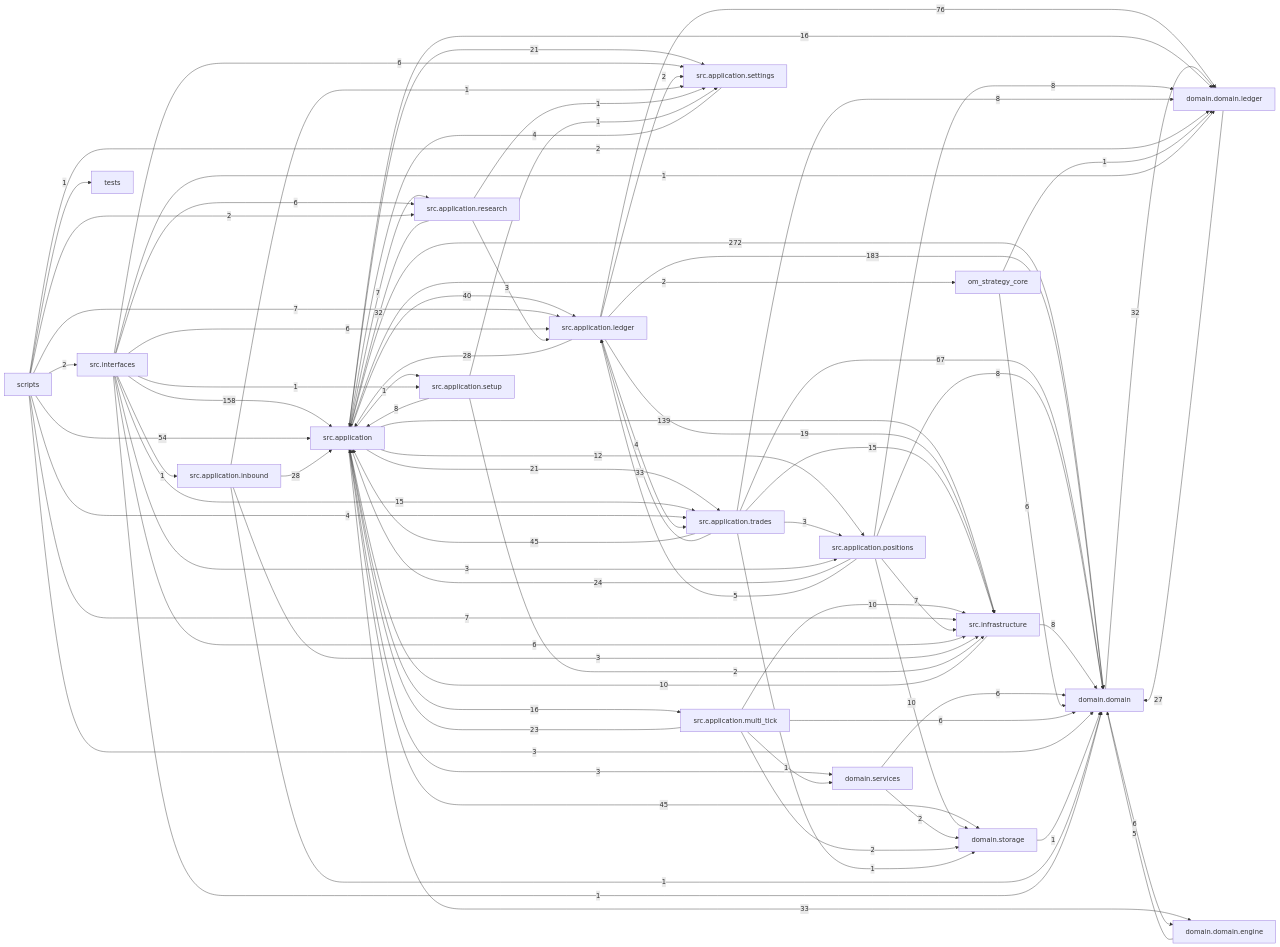
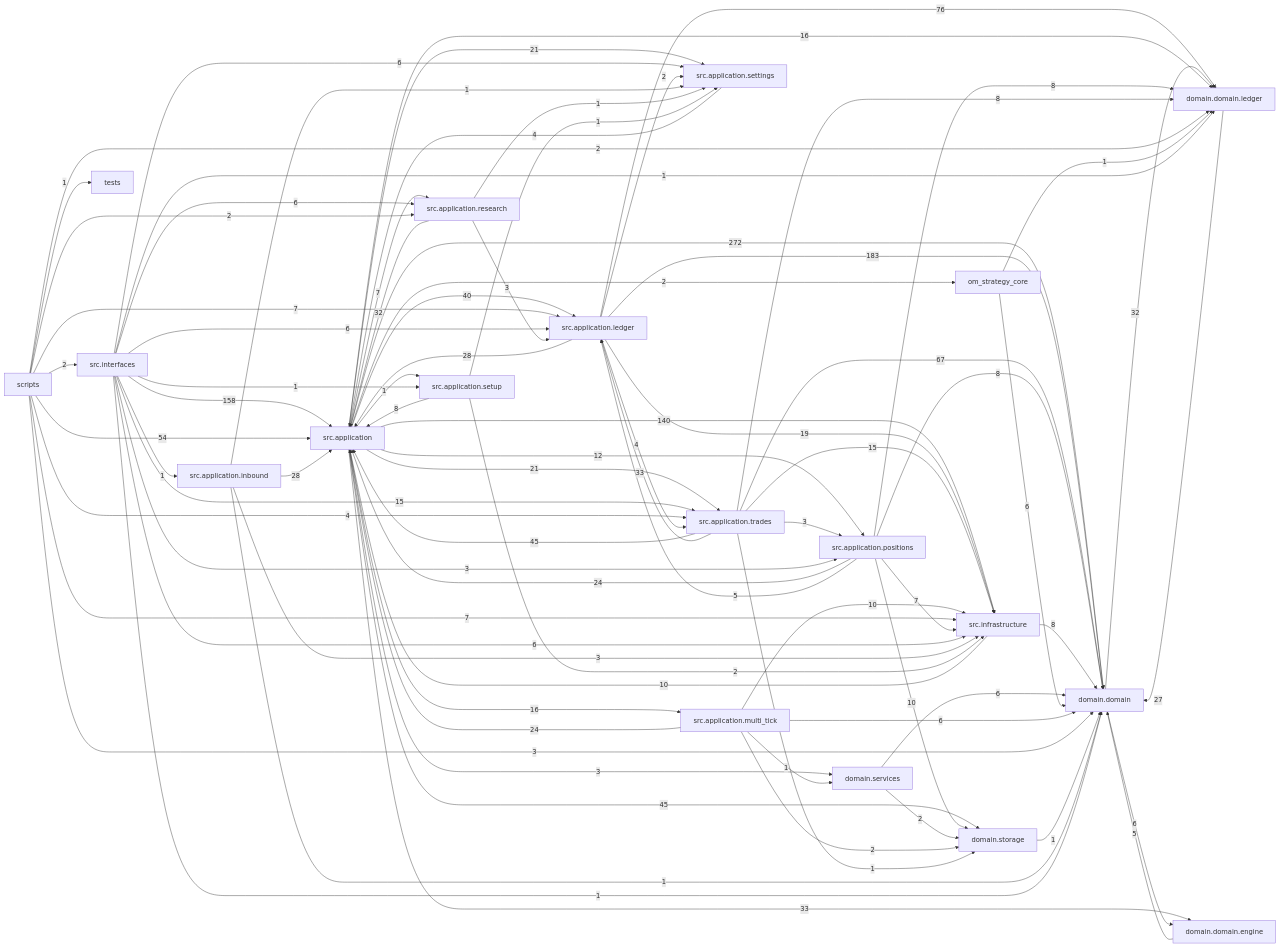
One commit to liuxie066/options-monitor changed the diagram in docs/dependency_graph.mmd. Above: the diagram before and after it, drawn with Mermaid. The commit also changed 20 other files, not shown here.

```diff
--- a/docs/dependency_graph.mmd
+++ b/docs/dependency_graph.mmd
@@ -1,81 +1,81 @@
 flowchart LR
   src_application["src.application"] -->|272| domain_domain["domain.domain"]
   src_application_ledger["src.application.ledger"] -->|183| domain_domain["domain.domain"]
   src_interfaces["src.interfaces"] -->|158| src_application["src.application"]
-  src_application["src.application"] -->|139| src_infrastructure["src.infrastructure"]
+  src_application["src.application"] -->|140| src_infrastructure["src.infrastructure"]
   src_application_ledger["src.application.ledger"] -->|76| domain_domain_ledger["domain.domain.ledger"]
   src_application_trades["src.application.trades"] -->|67| domain_domain["domain.domain"]
   scripts["scripts"] -->|54| src_application["src.application"]
   src_application["src.application"] -->|45| domain_storage["domain.storage"]
   src_application_trades["src.application.trades"] -->|45| src_application["src.application"]
   src_application["src.application"] -->|40| src_application_ledger["src.application.ledger"]
   src_application["src.application"] -->|33| domain_domain_engine["domain.domain.engine"]
   src_application_trades["src.application.trades"] -->|33| src_application_ledger["src.application.ledger"]
   domain_domain["domain.domain"] -->|32| domain_domain_ledger["domain.domain.ledger"]
   src_application_research["src.application.research"] -->|32| src_application["src.application"]
   src_application_inbound["src.application.inbound"] -->|28| src_application["src.application"]
   src_application_ledger["src.application.ledger"] -->|28| src_application["src.application"]
   domain_domain_ledger["domain.domain.ledger"] -->|27| domain_domain["domain.domain"]
+  src_application_multi_tick["src.application.multi_tick"] -->|24| src_application["src.application"]
   src_application_positions["src.application.positions"] -->|24| src_application["src.application"]
-  src_application_multi_tick["src.application.multi_tick"] -->|23| src_application["src.application"]
   src_application["src.application"] -->|21| src_application_settings["src.application.settings"]
   src_application["src.application"] -->|21| src_application_trades["src.application.trades"]
   src_application_ledger["src.application.ledger"] -->|19| src_infrastructure["src.infrastructure"]
   src_application["src.application"] -->|16| domain_domain_ledger["domain.domain.ledger"]
   src_application["src.application"] -->|16| src_application_multi_tick["src.application.multi_tick"]
   src_application_trades["src.application.trades"] -->|15| src_infrastructure["src.infrastructure"]
   src_interfaces["src.interfaces"] -->|15| src_application_trades["src.application.trades"]
   src_application["src.application"] -->|12| src_application_positions["src.application.positions"]
   src_application_multi_tick["src.application.multi_tick"] -->|10| src_infrastructure["src.infrastructure"]
   src_application_positions["src.application.positions"] -->|10| domain_storage["domain.storage"]
   src_infrastructure["src.infrastructure"] -->|10| src_application["src.application"]
   src_application_positions["src.application.positions"] -->|8| domain_domain["domain.domain"]
   src_application_positions["src.application.positions"] -->|8| domain_domain_ledger["domain.domain.ledger"]
   src_application_setup["src.application.setup"] -->|8| src_application["src.application"]
   src_application_trades["src.application.trades"] -->|8| domain_domain_ledger["domain.domain.ledger"]
   src_infrastructure["src.infrastructure"] -->|8| domain_domain["domain.domain"]
   scripts["scripts"] -->|7| src_application_ledger["src.application.ledger"]
   scripts["scripts"] -->|7| src_infrastructure["src.infrastructure"]
   src_application["src.application"] -->|7| src_application_research["src.application.research"]
   src_application_positions["src.application.positions"] -->|7| src_infrastructure["src.infrastructure"]
   domain_domain["domain.domain"] -->|6| domain_domain_engine["domain.domain.engine"]
   domain_services["domain.services"] -->|6| domain_domain["domain.domain"]
   om_strategy_core["om_strategy_core"] -->|6| domain_domain["domain.domain"]
   src_application_multi_tick["src.application.multi_tick"] -->|6| domain_domain["domain.domain"]
   src_interfaces["src.interfaces"] -->|6| src_application_ledger["src.application.ledger"]
   src_interfaces["src.interfaces"] -->|6| src_application_research["src.application.research"]
   src_interfaces["src.interfaces"] -->|6| src_application_settings["src.application.settings"]
   src_interfaces["src.interfaces"] -->|6| src_infrastructure["src.infrastructure"]
   domain_domain_engine["domain.domain.engine"] -->|5| domain_domain["domain.domain"]
   src_application_positions["src.application.positions"] -->|5| src_application_ledger["src.application.ledger"]
   scripts["scripts"] -->|4| src_application_trades["src.application.trades"]
   src_application_ledger["src.application.ledger"] -->|4| src_application_trades["src.application.trades"]
   src_application_settings["src.application.settings"] -->|4| src_application["src.application"]
   scripts["scripts"] -->|3| domain_domain["domain.domain"]
   src_application["src.application"] -->|3| domain_services["domain.services"]
   src_application_inbound["src.application.inbound"] -->|3| src_infrastructure["src.infrastructure"]
   src_application_research["src.application.research"] -->|3| src_application_ledger["src.application.ledger"]
   src_application_trades["src.application.trades"] -->|3| src_application_positions["src.application.positions"]
   src_interfaces["src.interfaces"] -->|3| src_application_positions["src.application.positions"]
   domain_services["domain.services"] -->|2| domain_storage["domain.storage"]
   scripts["scripts"] -->|2| domain_domain_ledger["domain.domain.ledger"]
   scripts["scripts"] -->|2| src_application_research["src.application.research"]
   scripts["scripts"] -->|2| src_interfaces["src.interfaces"]
   src_application["src.application"] -->|2| om_strategy_core["om_strategy_core"]
   src_application_ledger["src.application.ledger"] -->|2| src_application_settings["src.application.settings"]
   src_application_multi_tick["src.application.multi_tick"] -->|2| domain_storage["domain.storage"]
   src_application_setup["src.application.setup"] -->|2| src_infrastructure["src.infrastructure"]
   domain_storage["domain.storage"] -->|1| domain_domain["domain.domain"]
   om_strategy_core["om_strategy_core"] -->|1| domain_domain_ledger["domain.domain.ledger"]
   scripts["scripts"] -->|1| tests["tests"]
   src_application["src.application"] -->|1| src_application_setup["src.application.setup"]
   src_application_inbound["src.application.inbound"] -->|1| domain_domain["domain.domain"]
   src_application_inbound["src.application.inbound"] -->|1| src_application_settings["src.application.settings"]
   src_application_multi_tick["src.application.multi_tick"] -->|1| domain_services["domain.services"]
   src_application_research["src.application.research"] -->|1| src_application_settings["src.application.settings"]
   src_application_setup["src.application.setup"] -->|1| src_application_settings["src.application.settings"]
   src_application_trades["src.application.trades"] -->|1| domain_storage["domain.storage"]
   src_interfaces["src.interfaces"] -->|1| domain_domain["domain.domain"]
   src_interfaces["src.interfaces"] -->|1| domain_domain_ledger["domain.domain.ledger"]
   src_interfaces["src.interfaces"] -->|1| src_application_inbound["src.application.inbound"]
   src_interfaces["src.interfaces"] -->|1| src_application_setup["src.application.setup"]
```
